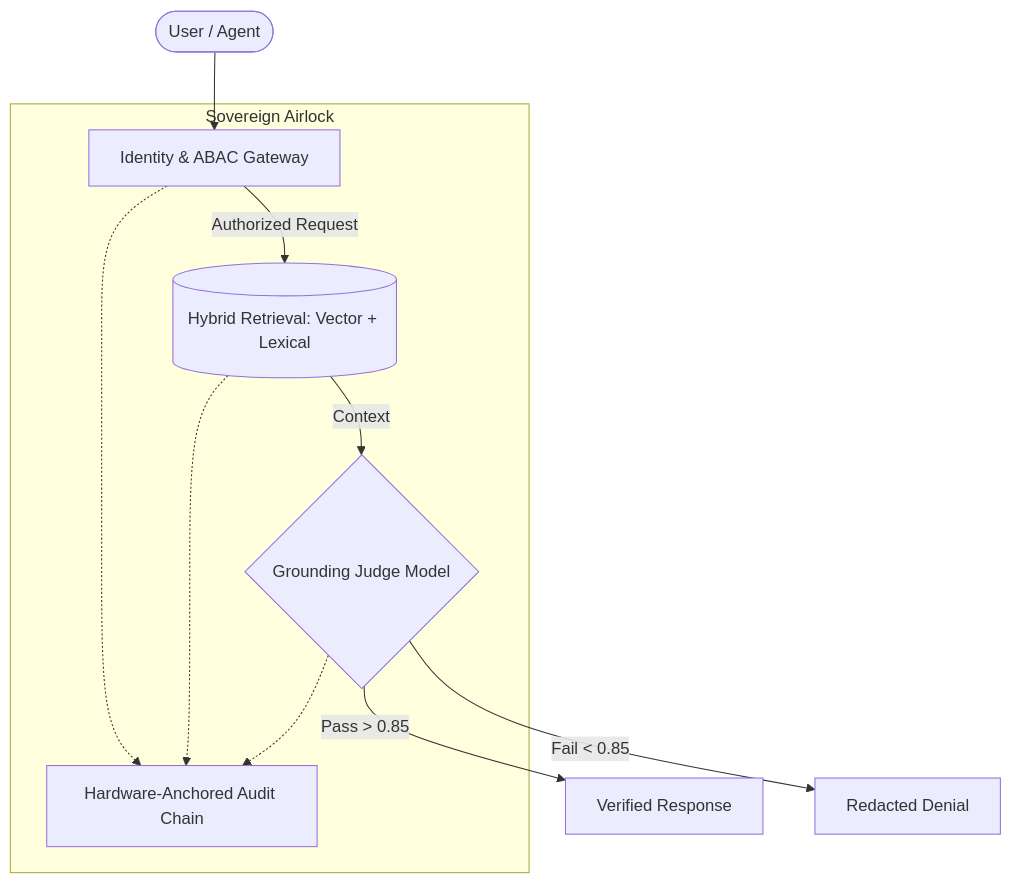
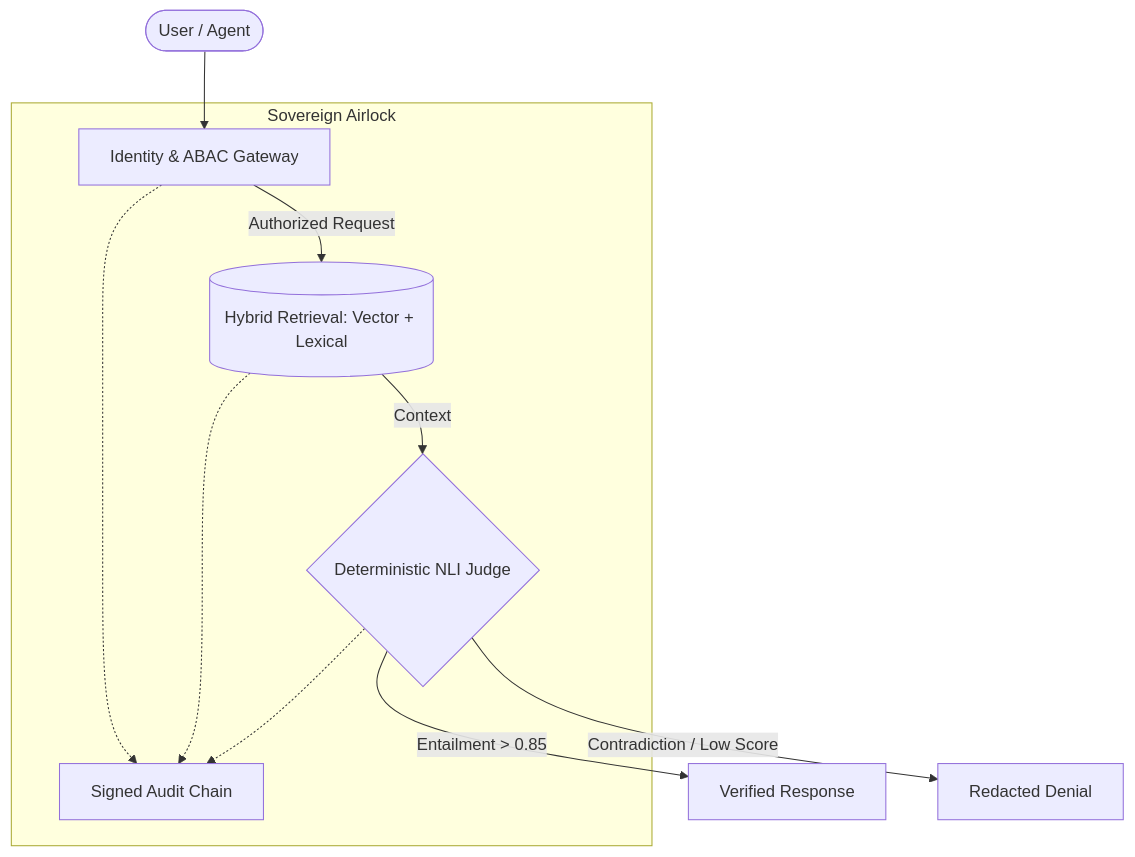
One commit to anandkrshnn/sovereign-ai-stack changed the diagram in README.md. Above: the diagram before and after it, drawn with Mermaid. The commit also changed other lines of this file and 4 other files, not shown here.

````diff
--- a/README.md
+++ b/README.md
@@ -54,20 +52,20 @@
 ```mermaid
 flowchart TD
     User([User / Agent]) --> Gateway
     
     subgraph Sovereign Airlock
         Gateway[Identity & ABAC Gateway]
         Retriever[(Hybrid Retrieval: Vector + Lexical)]
-        Judge{Grounding Judge Model}
-        Forensics[Hardware-Anchored Audit Chain]
+        Judge{Deterministic NLI Judge}
+        Forensics[Signed Audit Chain]
     end
     
     Gateway -->|Authorized Request| Retriever
     Retriever -->|Context| Judge
-    Judge -->|Pass > 0.85| Egress[Verified Response]
-    Judge -->|Fail < 0.85| Redact[Redacted Denial]
+    Judge -->|Entailment > 0.85| Egress[Verified Response]
+    Judge -->|Contradiction / Low Score| Redact[Redacted Denial]
     
     Gateway -.-> Forensics
     Retriever -.-> Forensics
     Judge -.-> Forensics
 ```
````
